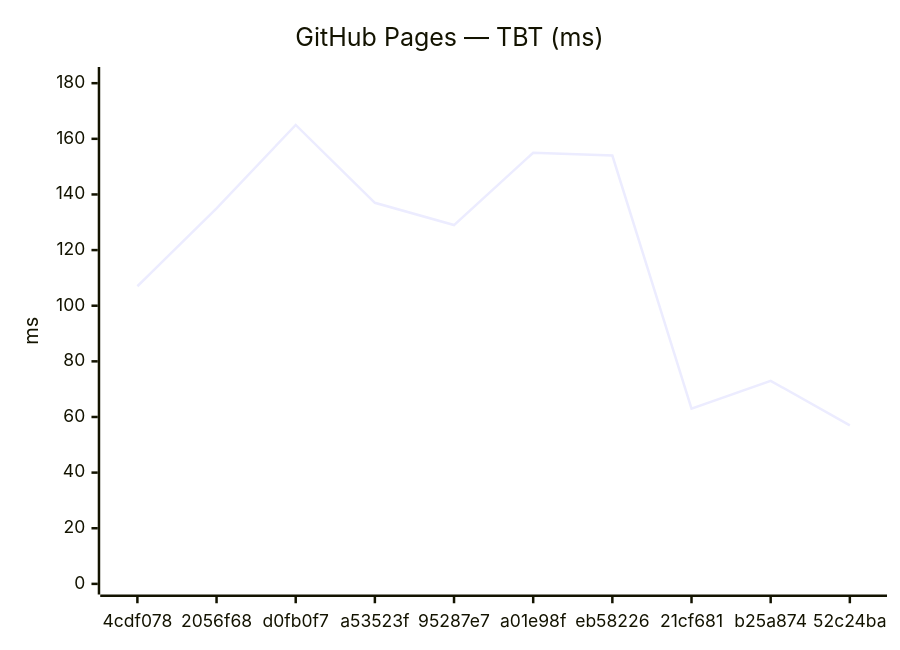
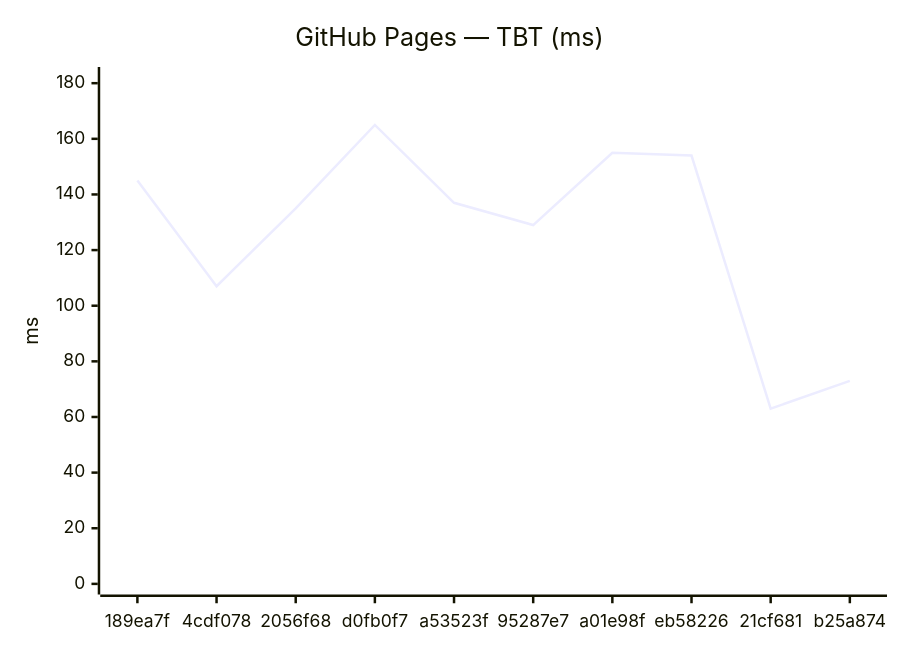
The fourth of 18 diagrams in benchmarks/compare.md (Metaheurist/Rianell), drawn with Mermaid before and after one commit. The commit also changed other lines of this file and 11 other files, not shown here.

````diff
--- a/benchmarks/compare.md
+++ b/benchmarks/compare.md
@@ -61,7 +61,7 @@
 ```mermaid
 xychart-beta
     title "GitHub Pages — TBT (ms)"
-    x-axis ["4cdf078", "2056f68", "d0fb0f7", "a53523f", "95287e7", "a01e98f", "eb58226", "21cf681", "b25a874", "52c24ba"]
+    x-axis ["189ea7f", "4cdf078", "2056f68", "d0fb0f7", "a53523f", "95287e7", "a01e98f", "eb58226", "21cf681", "b25a874"]
     y-axis "ms" 0 --> 182
-    line [107, 135, 165, 137, 129, 155, 154, 63, 73, 57]
+    line [145, 107, 135, 165, 137, 129, 155, 154, 63, 73]
 ```
````
